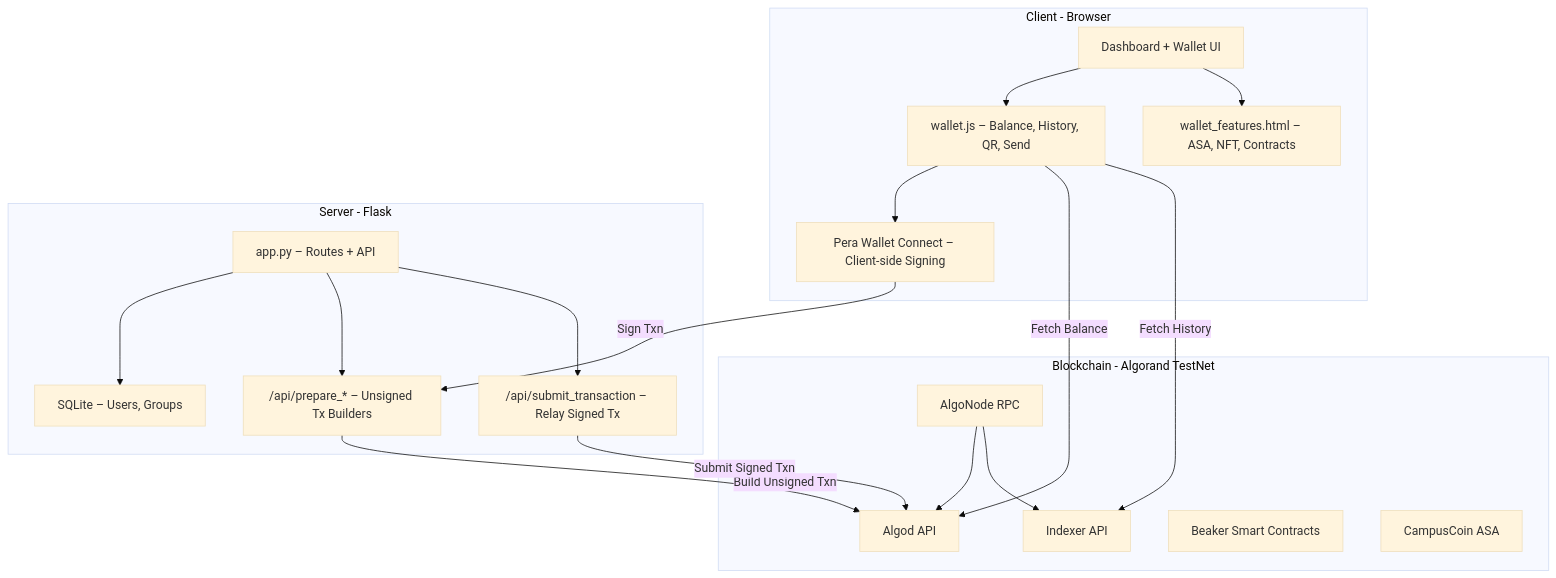
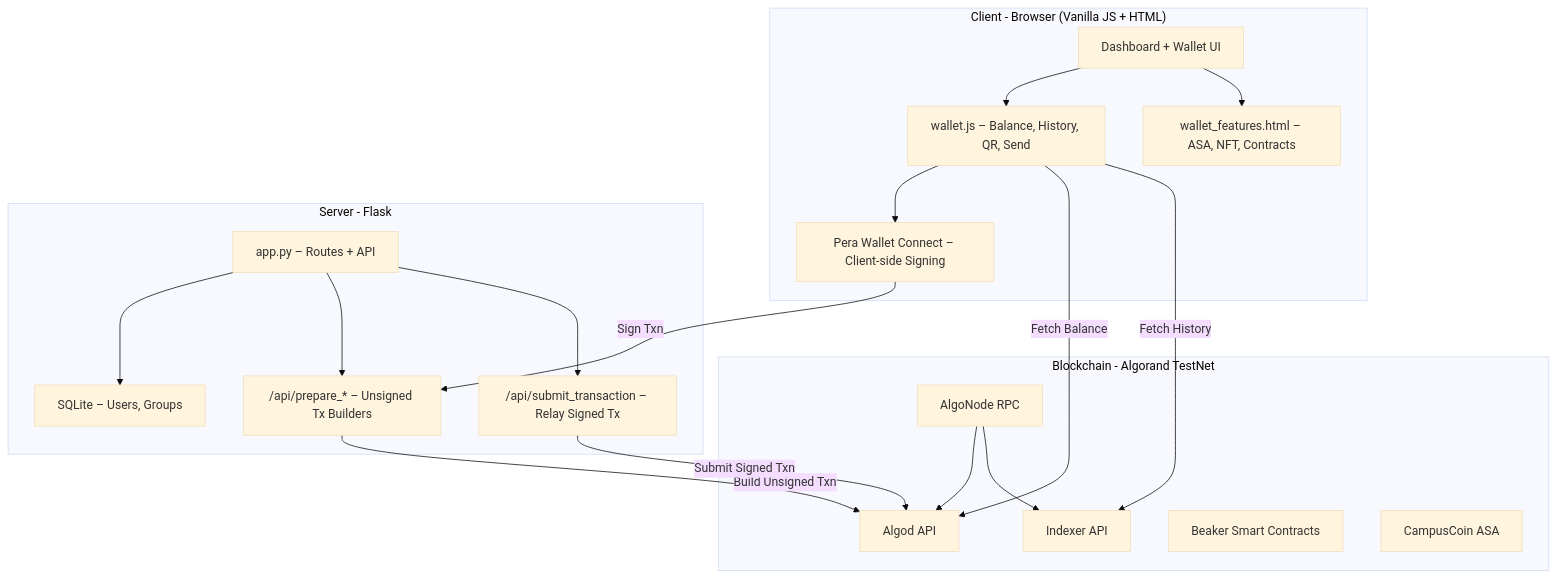
The first of 2 diagrams in README.md (lucifer0906/RIFT), drawn with Mermaid (base theme) before and after one commit. The commit also changed other lines of this file, not shown here.

Commit message:
Update README: Vercel link, screenshots guide, known limitations, Vanilla JS

````diff
--- a/README.md
+++ b/README.md
@@ -78,27 +84,27 @@
 ```mermaid
 graph TB
-    subgraph "Client - Browser"
+    subgraph "Client - Browser (Vanilla JS + HTML)"
         A[Dashboard + Wallet UI] --> B[wallet.js – Balance, History, QR, Send]
         B --> C[Pera Wallet Connect – Client-side Signing]
         A --> D[wallet_features.html – ASA, NFT, Contracts]
     end
 
     subgraph "Server - Flask"
         E[app.py – Routes + API] --> F[SQLite – Users, Groups]
         E --> G["/api/prepare_*" – Unsigned Tx Builders]
         E --> H["/api/submit_transaction" – Relay Signed Tx]
     end
 
     subgraph "Blockchain - Algorand TestNet"
         I[AlgoNode RPC] --> J[Algod API]
         I --> K[Indexer API]
         L[Beaker Smart Contracts]
         M[CampusCoin ASA]
     end
 
     C -->|Sign Txn| G
     G -->|Build Unsigned Txn| J
     H -->|Submit Signed Txn| J
     B -->|Fetch Balance| J
     B -->|Fetch History| K
 ```
````
